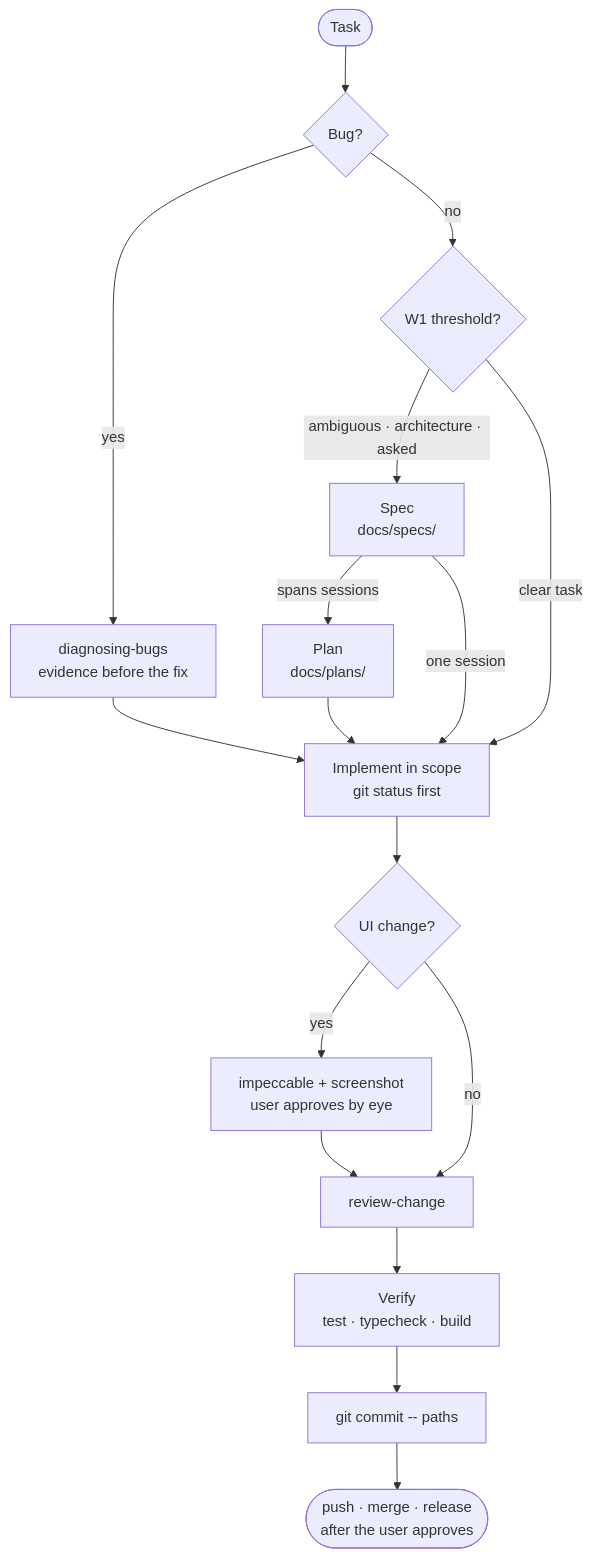
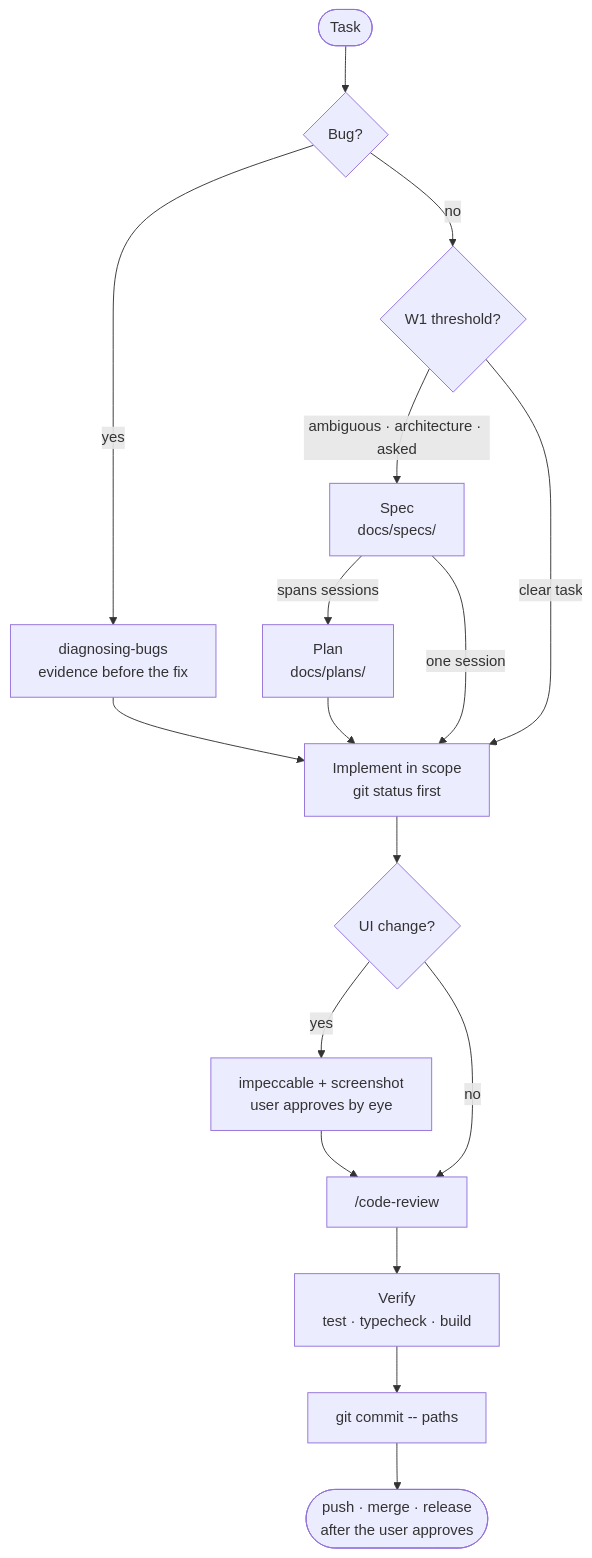
The second of 2 diagrams in README.en.md (mxrsv/agents-skills), drawn with Mermaid before and after one commit. The commit also changed other lines of this file and 25 other files, not shown here.

````diff
--- a/README.en.md
+++ b/README.en.md
@@ -34,19 +34,19 @@
 ```mermaid
 flowchart TD
     R([Task]) --> B{"Bug?"}
     B -- "yes" --> DB["diagnosing-bugs<br/>evidence before the fix"]
     B -- "no" --> W1{"W1 threshold?"}
     W1 -- "ambiguous · architecture · asked" --> SP["Spec<br/>docs/specs/"]
     SP -- "spans sessions" --> PL["Plan<br/>docs/plans/"]
     W1 -- "clear task" --> I["Implement in scope<br/>git status first"]
     DB --> I
     SP -- "one session" --> I
     PL --> I
     I --> UI{"UI change?"}
     UI -- "yes" --> IM["impeccable + screenshot<br/>user approves by eye"]
-    UI -- "no" --> RC["review-change"]
+    UI -- "no" --> RC["/code-review"]
     IM --> RC
     RC --> V["Verify<br/>test · typecheck · build"]
     V --> C["git commit -- paths"]
     C --> P(["push · merge · release<br/>after the user approves"])
 ```
````
